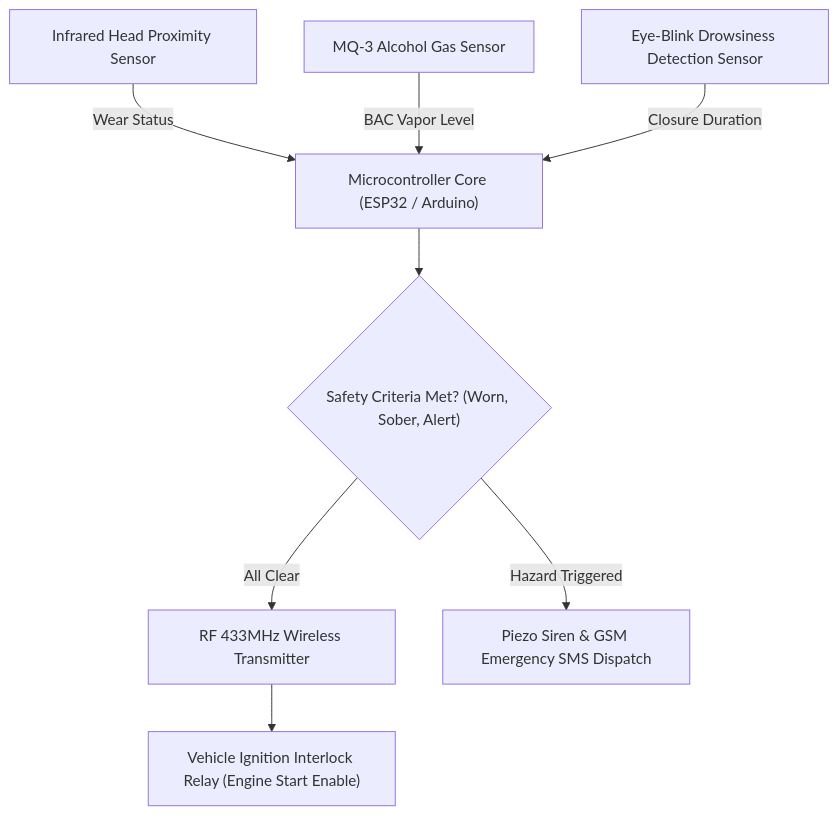
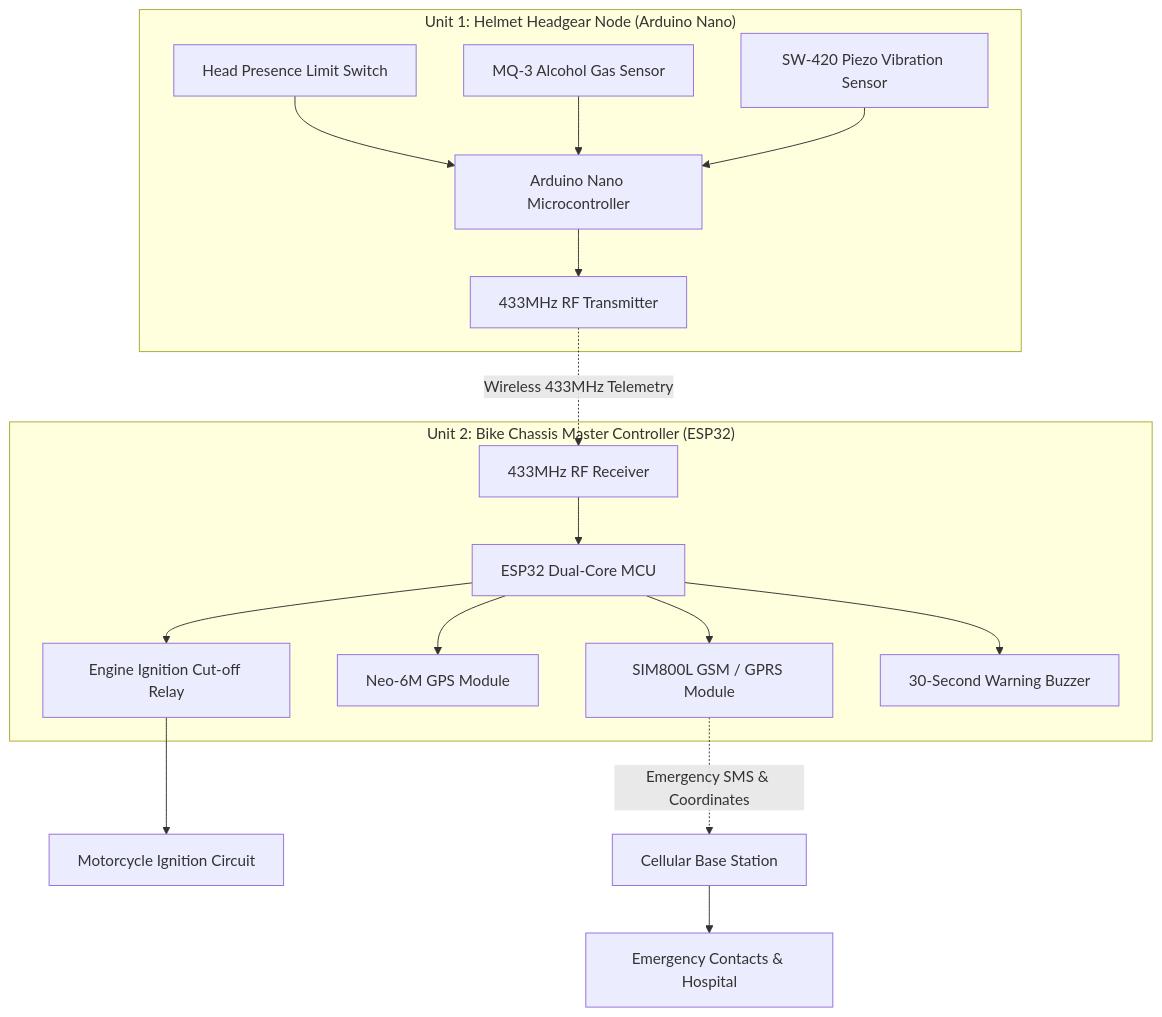
One commit to Tharun4743/SmartHelmet-IoT changed the diagram in README.md. Above: the diagram before and after it, drawn with Mermaid. The commit also changed other lines of this file and 3 other files, not shown here.

````diff
--- a/README.md
+++ b/README.md
@@ -62,10 +47,24 @@
 ```mermaid
-graph TD
-    IRSensor["Infrared Head Proximity Sensor"] -->|Wear Status| MCU["Microcontroller Core (ESP32 / Arduino)"]
-    MQ3["MQ-3 Alcohol Gas Sensor"] -->|BAC Vapor Level| MCU
-    EyeSensor["Eye-Blink Drowsiness Detection Sensor"] -->|Closure Duration| MCU
-    MCU --> Logic{"Safety Criteria Met? (Worn, Sober, Alert)"}
-    Logic -->|All Clear| RFRelay["RF 433MHz Wireless Transmitter"]
-    RFRelay --> BikeUnit["Vehicle Ignition Interlock Relay (Engine Start Enable)"]
-    Logic -->|Hazard Triggered| Alarm["Piezo Siren & GSM Emergency SMS Dispatch"]
+flowchart TD
+    subgraph UnitA ["Unit 1: Helmet Headgear Node (Arduino Nano)"]
+        SW["Head Presence Limit Switch"]
+        MQ3["MQ-3 Alcohol Gas Sensor"]
+        Impact["SW-420 Piezo Vibration Sensor"]
+        NanoMCU["Arduino Nano Microcontroller"]
+        RF_TX["433MHz RF Transmitter"]
+      
+        SW & MQ3 & Impact --> NanoMCU --> RF_TX
+    end
+
+    subgraph UnitB ["Unit 2: Bike Chassis Master Controller (ESP32)"]
+        RF_RX["433MHz RF Receiver"] --> ESP32["ESP32 Dual-Core MCU"]
+        ESP32 --> Relay["Engine Ignition Cut-off Relay"]
+        ESP32 --> GPS["Neo-6M GPS Module"]
+        ESP32 --> GSM["SIM800L GSM / GPRS Module"]
+        ESP32 --> Buzzer["30-Second Warning Buzzer"]
+    end
+
+    RF_TX -.->|"Wireless 433MHz Telemetry"| RF_RX
+    Relay --> Engine["Motorcycle Ignition Circuit"]
+    GSM -.->|"Emergency SMS & Coordinates"| Tower["Cellular Base Station"] --> Phone["Emergency Contacts & Hospital"]
 ```
````
